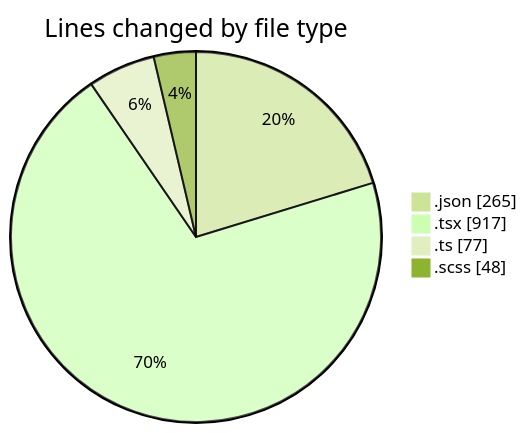
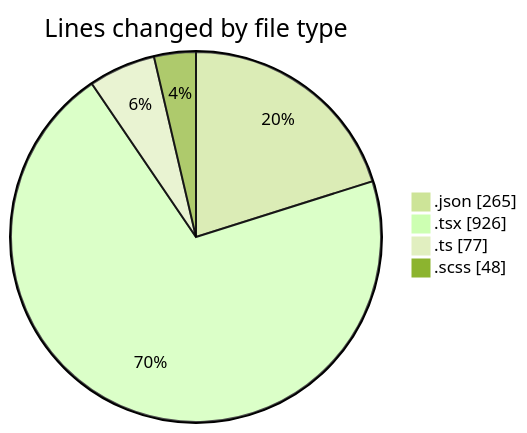
One commit to momahboobian/code-tracking changed the first of 2 diagrams in 2026-04-22/cda/README.md. Above: the diagram before and after it, drawn with Mermaid (forest theme). The commit also changed other lines of this file and 1 other file, not shown here.

````diff
--- a/2026-04-22/cda/README.md
+++ b/2026-04-22/cda/README.md
@@ -27,8 +27,8 @@
 ```mermaid
 pie showData
 title Lines changed by file type
 ".json" : 265
-".tsx" : 917
+".tsx" : 926
 ".ts" : 77
 ".scss" : 48
 ```
````
